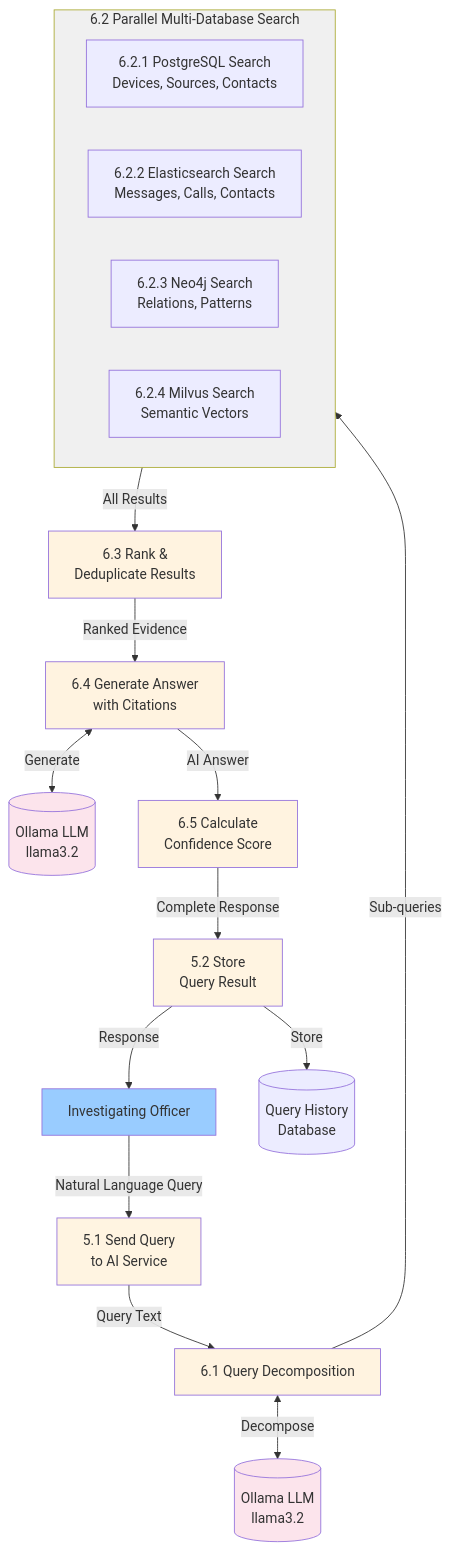
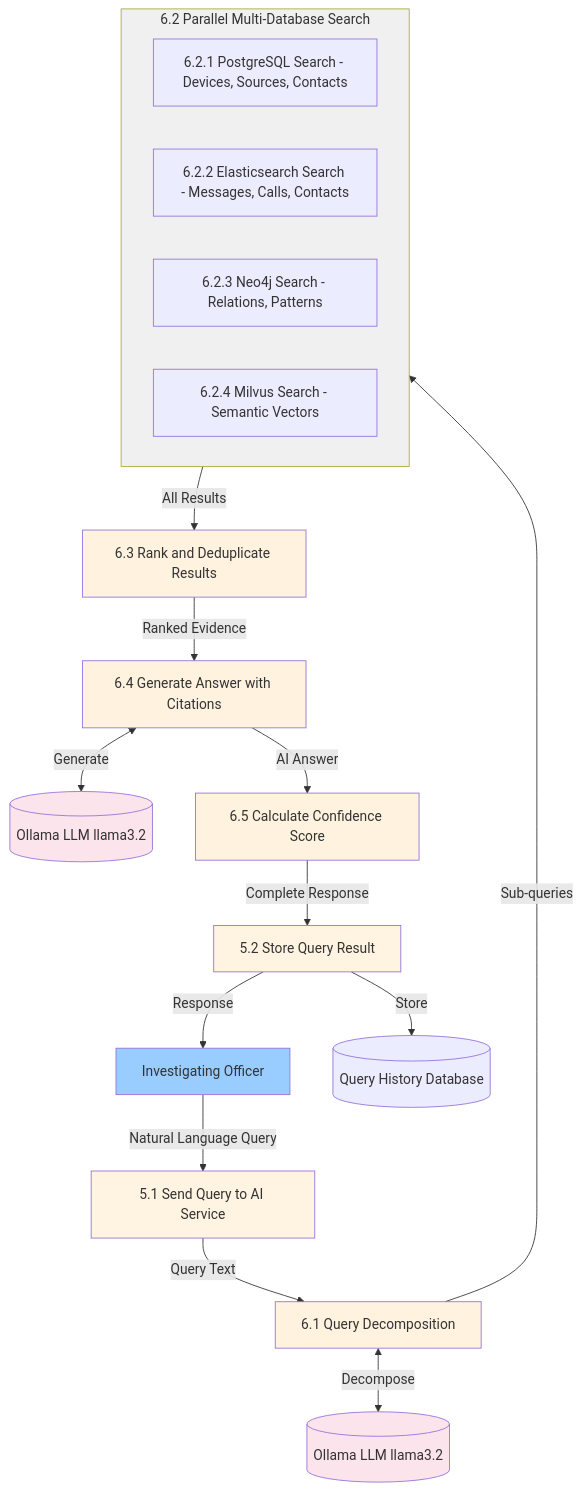
The fourth of 5 diagrams in DATA-FLOW-DIAGRAM.md (beingbrijesh/CopSight), drawn with Mermaid before and after one commit. The commit also changed other lines of this file and 1 other file, not shown here.

Commit message:
Convert all ASCII diagrams to Mermaid for GitHub rendering

````diff
--- a/DATA-FLOW-DIAGRAM.md
+++ b/DATA-FLOW-DIAGRAM.md
@@ -169,46 +142,46 @@
 ```mermaid
 flowchart TD
     IO[Investigating Officer]
     
-    S1[5.1 Send Query<br/>to AI Service]
+    S1[5.1 Send Query to AI Service]
     S2[6.1 Query Decomposition]
-    LLM1[(Ollama LLM<br/>llama3.2)]
+    LLM1[(Ollama LLM llama3.2)]
     
-    subgraph Parallel["6.2 Parallel Multi-Database Search"]
-        PG[6.2.1 PostgreSQL Search<br/>Devices, Sources, Contacts]
-        ES[6.2.2 Elasticsearch Search<br/>Messages, Calls, Contacts]
-        Neo[6.2.3 Neo4j Search<br/>Relations, Patterns]
-        Milvus[6.2.4 Milvus Search<br/>Semantic Vectors]
+    subgraph Parallel[6.2 Parallel Multi-Database Search]
+        PG[6.2.1 PostgreSQL Search - Devices, Sources, Contacts]
+        ES[6.2.2 Elasticsearch Search - Messages, Calls, Contacts]
+        Neo[6.2.3 Neo4j Search - Relations, Patterns]
+        Milvus[6.2.4 Milvus Search - Semantic Vectors]
     end
     
-    S3[6.3 Rank &<br/>Deduplicate Results]
-    S4[6.4 Generate Answer<br/>with Citations]
-    LLM2[(Ollama LLM<br/>llama3.2)]
-    S5[6.5 Calculate<br/>Confidence Score]
-    S6[5.2 Store<br/>Query Result]
-    QH[(Query History<br/>Database)]
+    S3[6.3 Rank and Deduplicate Results]
+    S4[6.4 Generate Answer with Citations]
+    LLM2[(Ollama LLM llama3.2)]
+    S5[6.5 Calculate Confidence Score]
+    S6[5.2 Store Query Result]
+    QH[(Query History Database)]
     
     IO -->|Natural Language Query| S1
     S1 -->|Query Text| S2
     S2 <-->|Decompose| LLM1
     S2 -->|Sub-queries| Parallel
     
     Parallel -->|All Results| S3
     S3 -->|Ranked Evidence| S4
     S4 <-->|Generate| LLM2
     S4 -->|AI Answer| S5
     S5 -->|Complete Response| S6
     S6 -->|Store| QH
     S6 -->|Response| IO
     
     style IO fill:#99ccff
     style Parallel fill:#f0f0f0
     style LLM1 fill:#fce4ec
     style LLM2 fill:#fce4ec
     style S1 fill:#fff4e1
     style S2 fill:#fff3e0
     style S3 fill:#fff3e0
     style S4 fill:#fff3e0
     style S5 fill:#fff3e0
     style S6 fill:#fff4e1
 ```
````
